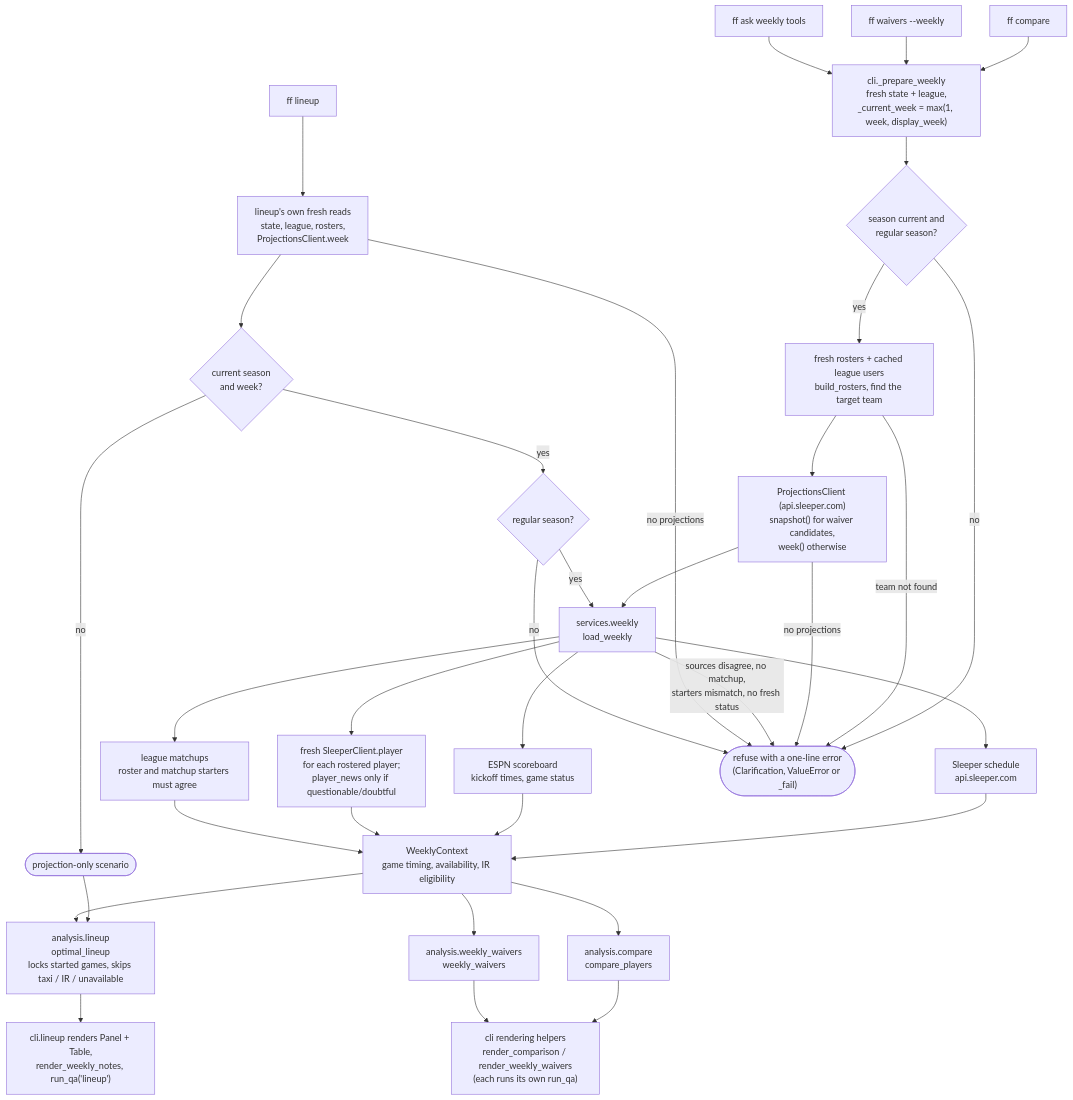
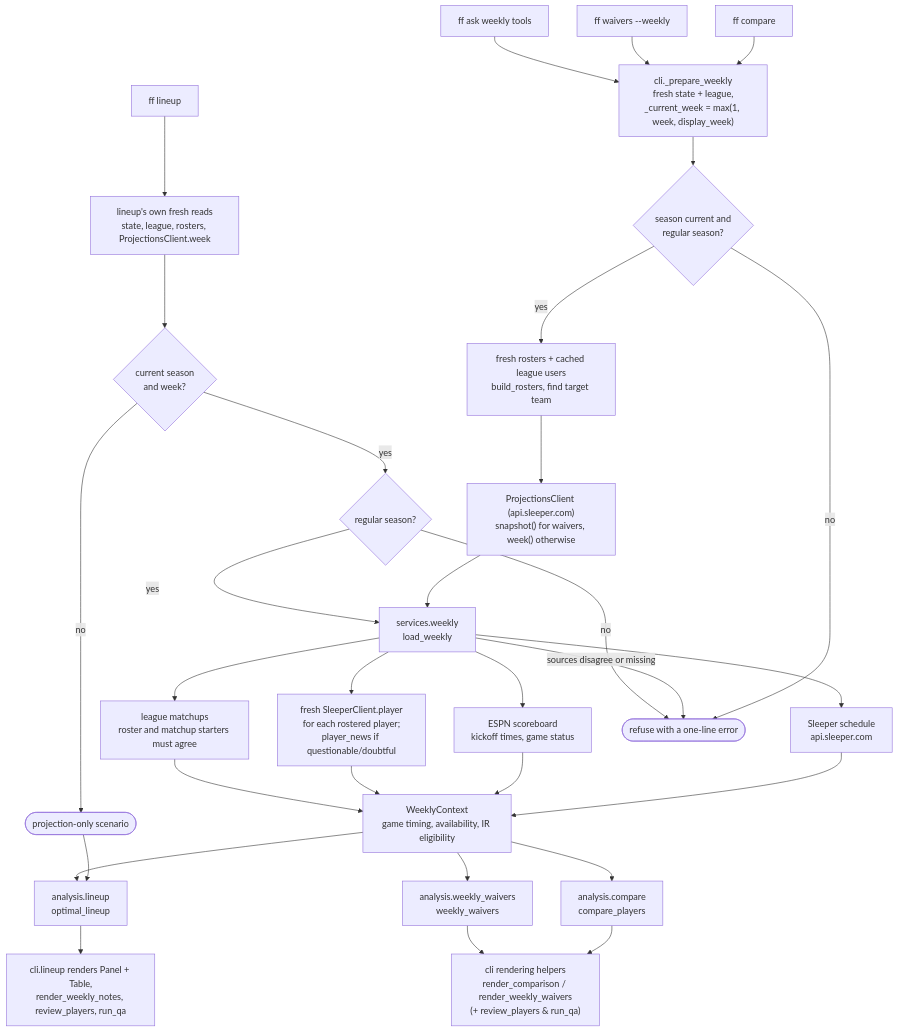
Before and after one commit to savvides/ff: the sixth of 7 diagrams in docs/architecture.md, drawn with Mermaid. The commit also changed other lines of this file and 10 other files, not shown here.

````diff
--- a/docs/architecture.md
+++ b/docs/architecture.md
@@ -291,59 +295,46 @@
 ```mermaid
 flowchart TD
   lineup["ff lineup"]
   compare["ff compare"]
   ww["ff waivers --weekly"]
   askw["ff ask weekly tools"]
 
   prep["cli._prepare_weekly<br/>fresh state + league,<br/>_current_week = max(1, week, display_week)"]
   gate{"season current and<br/>regular season?"}
-  ros["fresh rosters + cached league users<br/>build_rosters, find the target team"]
-  proj["ProjectionsClient (api.sleeper.com)<br/>snapshot() for waiver candidates,<br/>week() otherwise"]
+  ros["fresh rosters + cached league users<br/>build_rosters, find target team"]
+  proj["ProjectionsClient (api.sleeper.com)<br/>snapshot() for waivers, week() otherwise"]
   lw["services.weekly<br/>load_weekly"]
   sched["Sleeper schedule<br/>api.sleeper.com"]
   espnn["ESPN scoreboard<br/>kickoff times, game status"]
-  status["fresh SleeperClient.player<br/>for each rostered player;<br/>player_news only if questionable/doubtful"]
+  status["fresh SleeperClient.player<br/>for each rostered player;<br/>player_news if questionable/doubtful"]
   match["league matchups<br/>roster and matchup starters must agree"]
   ctx["WeeklyContext<br/>game timing, availability, IR eligibility"]
-  fail(["refuse with a one-line error<br/>(Clarification, ValueError or _fail)"])
+  fail(["refuse with a one-line error"])
 
-  lineup_own["lineup's own fresh reads<br/>state, league, rosters,<br/>ProjectionsClient.week"]
+  lineup_own["lineup's own fresh reads<br/>state, league, rosters, ProjectionsClient.week"]
   cur{"current season<br/>and week?"}
   reg{"regular season?"}
   projonly(["projection-only scenario"])
 
-  lu_out["cli.lineup renders Panel + Table,<br/>render_weekly_notes, run_qa('lineup')"]
-  a_lu["analysis.lineup<br/>optimal_lineup<br/>locks started games, skips taxi / IR / unavailable"]
+  lu_out["cli.lineup renders Panel + Table,<br/>render_weekly_notes, review_players, run_qa"]
+  a_lu["analysis.lineup<br/>optimal_lineup"]
   a_cmp["analysis.compare<br/>compare_players"]
   a_ww["analysis.weekly_waivers<br/>weekly_waivers"]
-  jo["cli rendering helpers<br/>render_comparison / render_weekly_waivers<br/>(each runs its own run_qa)"]
+  jo["cli rendering helpers<br/>render_comparison / render_weekly_waivers<br/>(+ review_players & run_qa)"]
 
-  compare --> prep
-  ww --> prep
-  askw --> prep
-  prep --> gate
+  compare & ww & askw --> prep --> gate
   gate -- no --> fail
-  gate -- yes --> ros
-  ros -- team not found --> fail
-  ros --> proj
-  proj -- no projections --> fail
-  proj --> lw
-  lw --> sched & espnn & status & match
-  sched & espnn & status & match --> ctx
-  lw -- "sources disagree, no matchup,<br/>starters mismatch, no fresh status" --> fail
+  gate -- yes --> ros --> proj --> lw
+  lw --> sched & espnn & status & match --> ctx
+  lw -- "sources disagree or missing" --> fail
 
-  lineup --> lineup_own
-  lineup_own -- no projections --> fail
-  lineup_own --> cur
+  lineup --> lineup_own --> cur
   cur -- yes --> reg
   reg -- no --> fail
   reg -- yes --> lw
   cur -- no --> projonly --> a_lu
 
-  ctx --> a_lu
-  ctx --> a_cmp
-  ctx --> a_ww
+  ctx --> a_lu & a_cmp & a_ww
   a_lu --> lu_out
-  a_cmp --> jo
-  a_ww --> jo
+  a_cmp & a_ww --> jo
 ```
````
